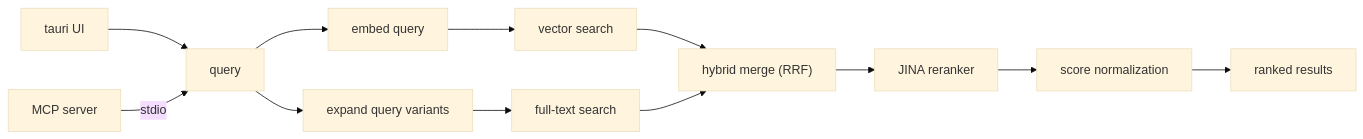
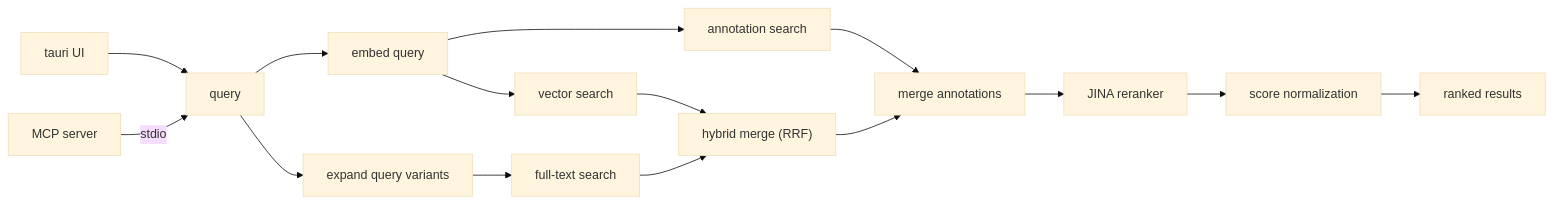
One commit to illegal-instruction-co/rememex changed the second of 2 diagrams in README.md. Above: the diagram before and after it, drawn with Mermaid (base theme). The commit also changed other lines of this file, not shown here.

````diff
--- a/README.md
+++ b/README.md
@@ -84,15 +85,18 @@
 ```mermaid
 graph LR
     Q[query] --> EMB[embed query]
     Q --> EXP[expand query variants]
     EMB --> VS[vector search]
     EXP --> FTS[full-text search]
     VS --> HM["hybrid merge (RRF)"]
     FTS --> HM
-    HM --> RR[JINA reranker]
+    EMB --> AS[annotation search]
+    AS --> AM[merge annotations]
+    HM --> AM
+    AM --> RR[JINA reranker]
     RR --> SC[score normalization]
     SC --> R[ranked results]
 
     UI[tauri UI] --> Q
     MCP[MCP server] -->|stdio| Q
 ```
````
